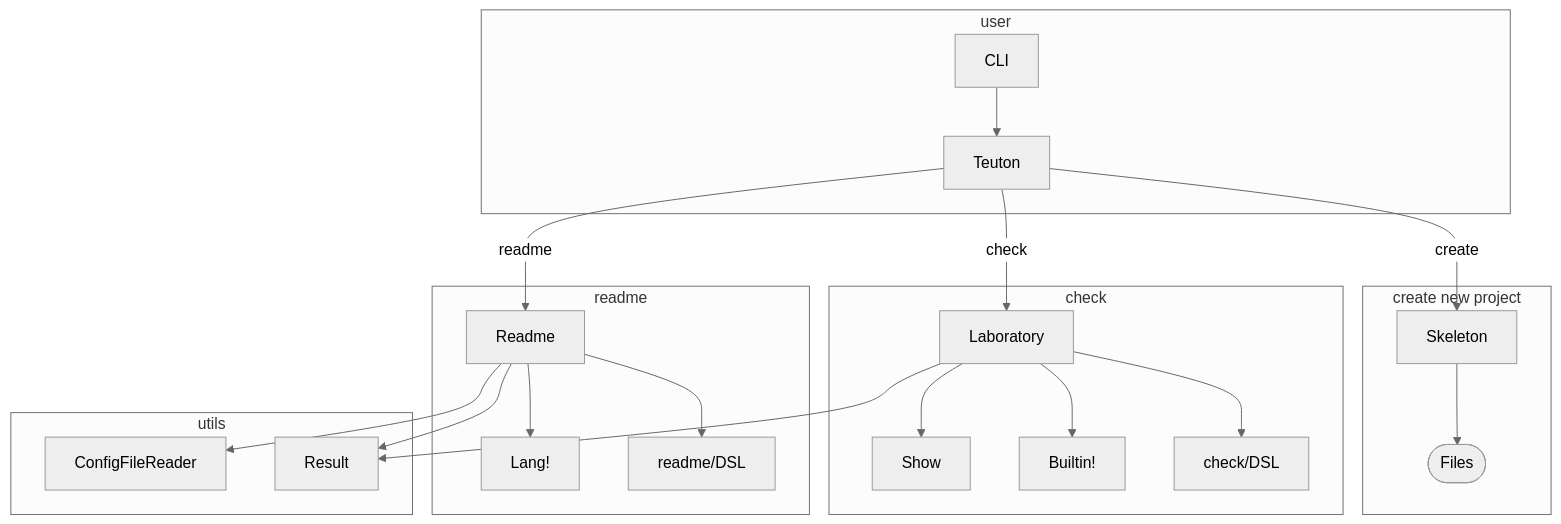
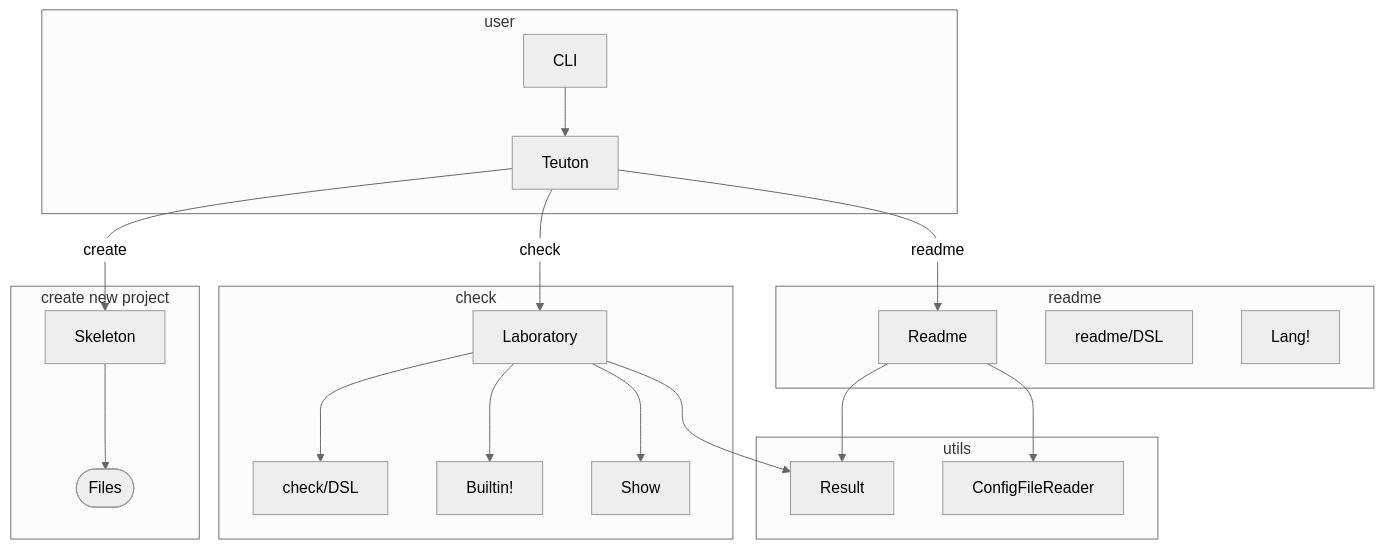
One commit to teuton-software/teuton changed the first of 2 diagrams in docs/diagram.md. Above: the diagram before and after it, drawn with Mermaid (neutral theme).

````diff
--- a/docs/diagram.md
+++ b/docs/diagram.md
@@ -5,33 +5,33 @@
 ```mermaid
 flowchart TB
 
 subgraph user
   CLI --> Teuton
 end
 
 subgraph "create new project"
   Teuton -- create --> Skeleton
   Skeleton --> Files([Files])
 end
 
 subgraph check
   Teuton -- check --> Laboratory
 
   Laboratory --> check/DSL
   Laboratory --> Builtin!
   Laboratory --> Show
 end
 
 subgraph readme
   Teuton -- readme --> Readme
 
-  Readme --> readme/DSL
-  Readme --> Lang!  
+  readme/DSL
+  Lang!  
 end
 
 subgraph utils
   Laboratory --> Result
   Readme --> Result
   Readme --> ConfigFileReader
 end
 ```
````
